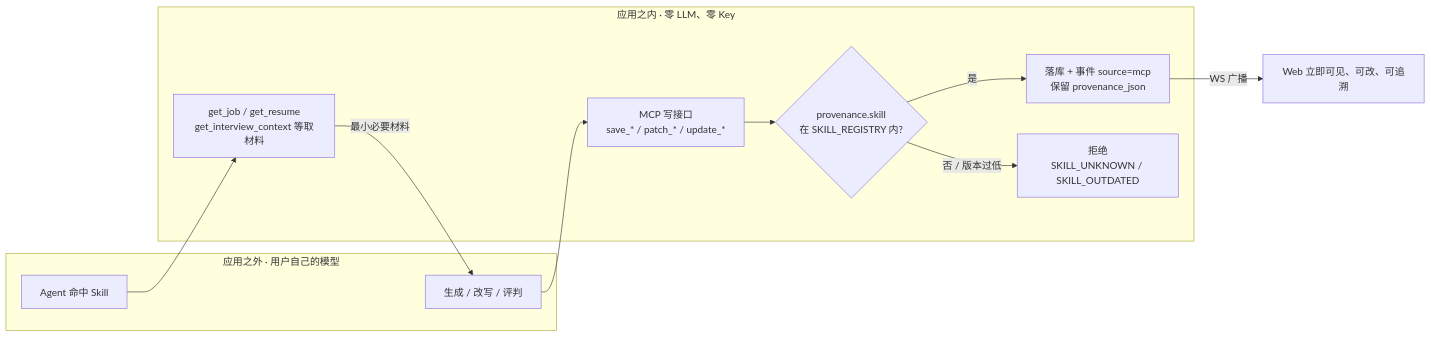
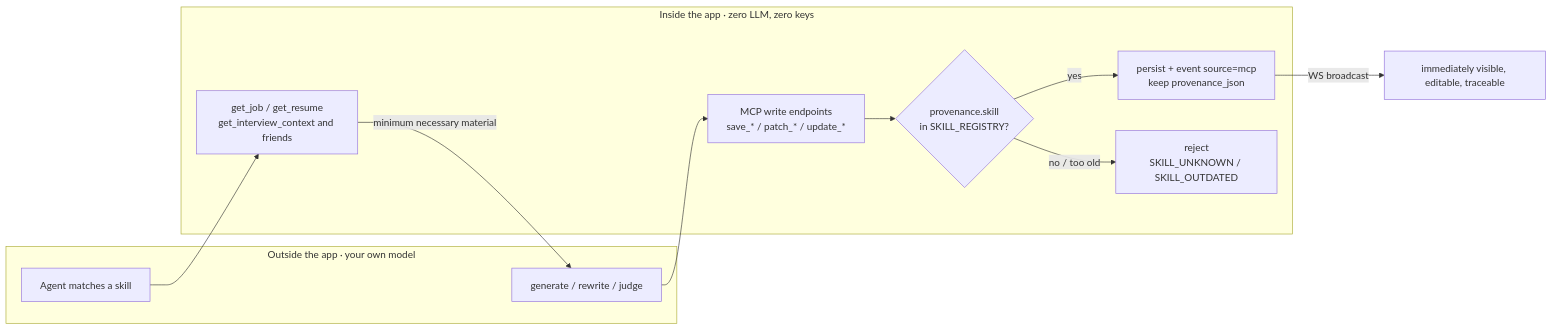
Before and after one commit to Dada-liu/land-a-job: the fourth of 6 diagrams in README.md, drawn with Mermaid. The commit also changed other lines of this file and 17 other files, not shown here.

````diff
--- a/README.md
+++ b/README.md
@@ -497,21 +501,21 @@
 ```mermaid
 flowchart LR
-  subgraph OUT["应用之外 · 用户自己的模型"]
-    A1["Agent 命中 Skill"]
-    A2["生成 / 改写 / 评判"]
+  subgraph OUT["Outside the app · your own model"]
+    A1["Agent matches a skill"]
+    A2["generate / rewrite / judge"]
   end
-  subgraph IN["应用之内 · 零 LLM、零 Key"]
-    M1["get_job / get_resume<br/>get_interview_context 等取材料"]
-    M2["MCP 写接口<br/>save_* / patch_* / update_*"]
-    M3{"provenance.skill<br/>在 SKILL_REGISTRY 内?"}
-    M4["落库 + 事件 source=mcp<br/>保留 provenance_json"]
-    M5["拒绝<br/>SKILL_UNKNOWN / SKILL_OUTDATED"]
+  subgraph IN["Inside the app · zero LLM, zero keys"]
+    M1["get_job / get_resume<br/>get_interview_context and friends"]
+    M2["MCP write endpoints<br/>save_* / patch_* / update_*"]
+    M3{"provenance.skill<br/>in SKILL_REGISTRY?"}
+    M4["persist + event source=mcp<br/>keep provenance_json"]
+    M5["reject<br/>SKILL_UNKNOWN / SKILL_OUTDATED"]
   end
   A1 --> M1
-  M1 -->|"最小必要材料"| A2
+  M1 -->|"minimum necessary material"| A2
   A2 --> M2
   M2 --> M3
-  M3 -->|"是"| M4
-  M3 -->|"否 / 版本过低"| M5
-  M4 -->|"WS 广播"| VIEW["Web 立即可见、可改、可追溯"]
+  M3 -->|"yes"| M4
+  M3 -->|"no / too old"| M5
+  M4 -->|"WS broadcast"| VIEW["immediately visible, editable, traceable"]
 ```
````
